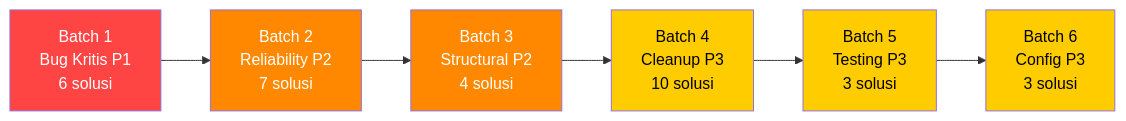
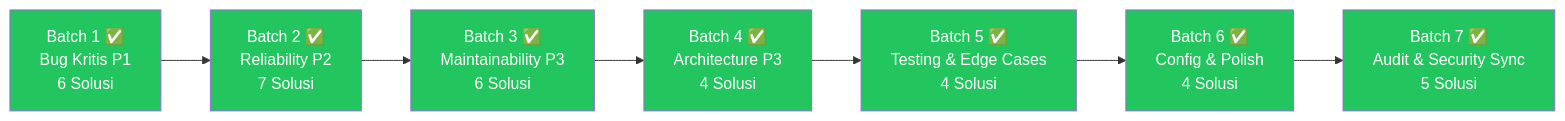
Before and after one commit to biiCode37/ss-pdo: the diagram in refactor-ss-pdo/refact_6/02_rekomendasi_solusi_ss_pdo_refactor6.md, drawn with Mermaid. The commit also changed other lines of this file and 86 other files, not shown here.

````diff
--- a/refactor-ss-pdo/refact_6/02_rekomendasi_solusi_ss_pdo_refactor6.md
+++ b/refactor-ss-pdo/refact_6/02_rekomendasi_solusi_ss_pdo_refactor6.md
@@ -501,15 +273,17 @@
 ```mermaid
 graph LR
-    B1["Batch 1<br/>Bug Kritis P1<br/>6 solusi"] --> B2["Batch 2<br/>Reliability P2<br/>7 solusi"]
-    B2 --> B3["Batch 3<br/>Structural P2<br/>4 solusi"]
-    B3 --> B4["Batch 4<br/>Cleanup P3<br/>10 solusi"]
-    B4 --> B5["Batch 5<br/>Testing P3<br/>3 solusi"]
-    B5 --> B6["Batch 6<br/>Config P3<br/>3 solusi"]
+    B1["Batch 1 ✅<br/>Bug Kritis P1<br/>6 Solusi"] --> B2["Batch 2 ✅<br/>Reliability P2<br/>7 Solusi"]
+    B2 --> B3["Batch 3 ✅<br/>Maintainability P3<br/>6 Solusi"]
+    B3 --> B4["Batch 4 ✅<br/>Architecture P3<br/>4 Solusi"]
+    B4 --> B5["Batch 5 ✅<br/>Testing & Edge Cases<br/>4 Solusi"]
+    B5 --> B6["Batch 6 ✅<br/>Config & Polish<br/>4 Solusi"]
+    B6 --> B7["Batch 7 ✅<br/>Audit & Security Sync<br/>5 Solusi"]
     
-    style B1 fill:#ff4444,color:#fff
-    style B2 fill:#ff8800,color:#fff
-    style B3 fill:#ff8800,color:#fff
-    style B4 fill:#ffcc00,color:#000
-    style B5 fill:#ffcc00,color:#000
-    style B6 fill:#ffcc00,color:#000
+    style B1 fill:#22c55e,color:#fff
+    style B2 fill:#22c55e,color:#fff
+    style B3 fill:#22c55e,color:#fff
+    style B4 fill:#22c55e,color:#fff
+    style B5 fill:#22c55e,color:#fff
+    style B6 fill:#22c55e,color:#fff
+    style B7 fill:#22c55e,color:#fff
 ```
````
